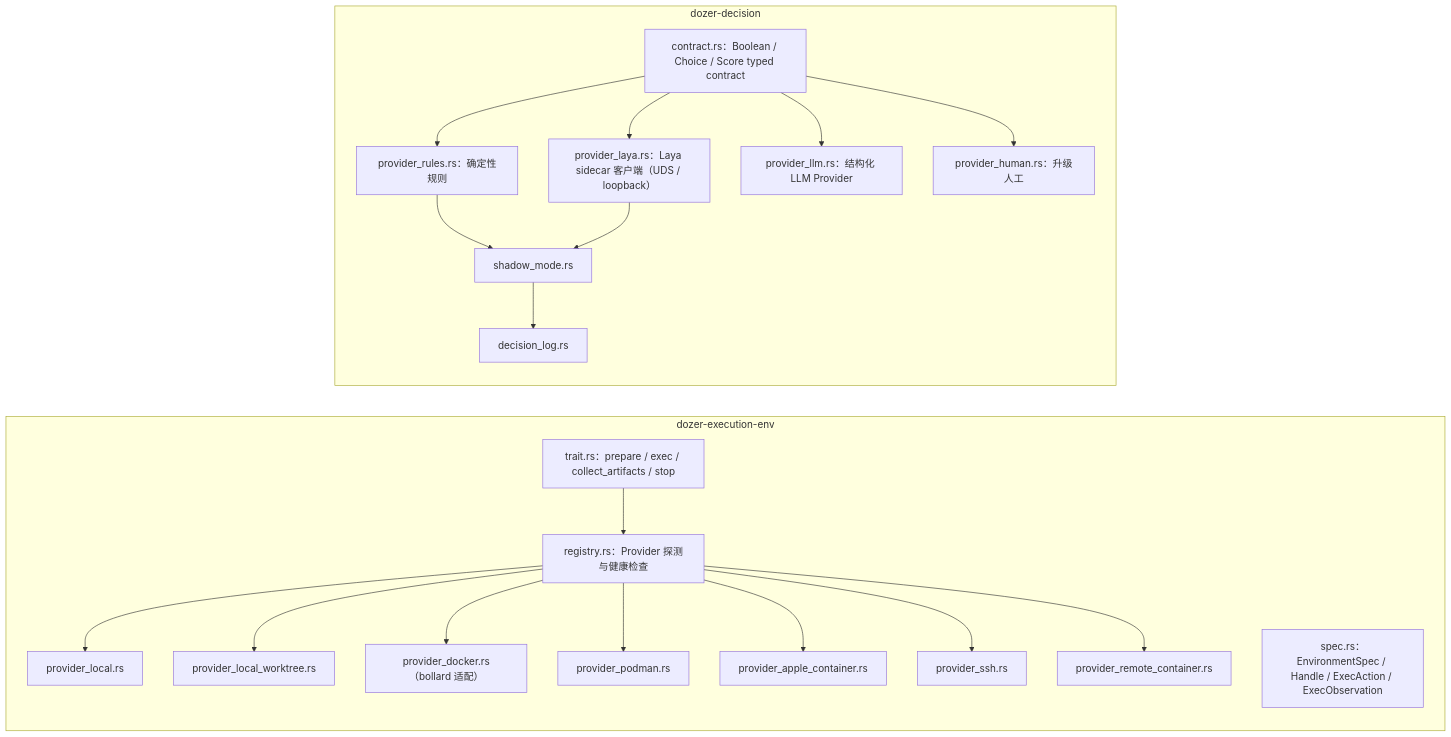
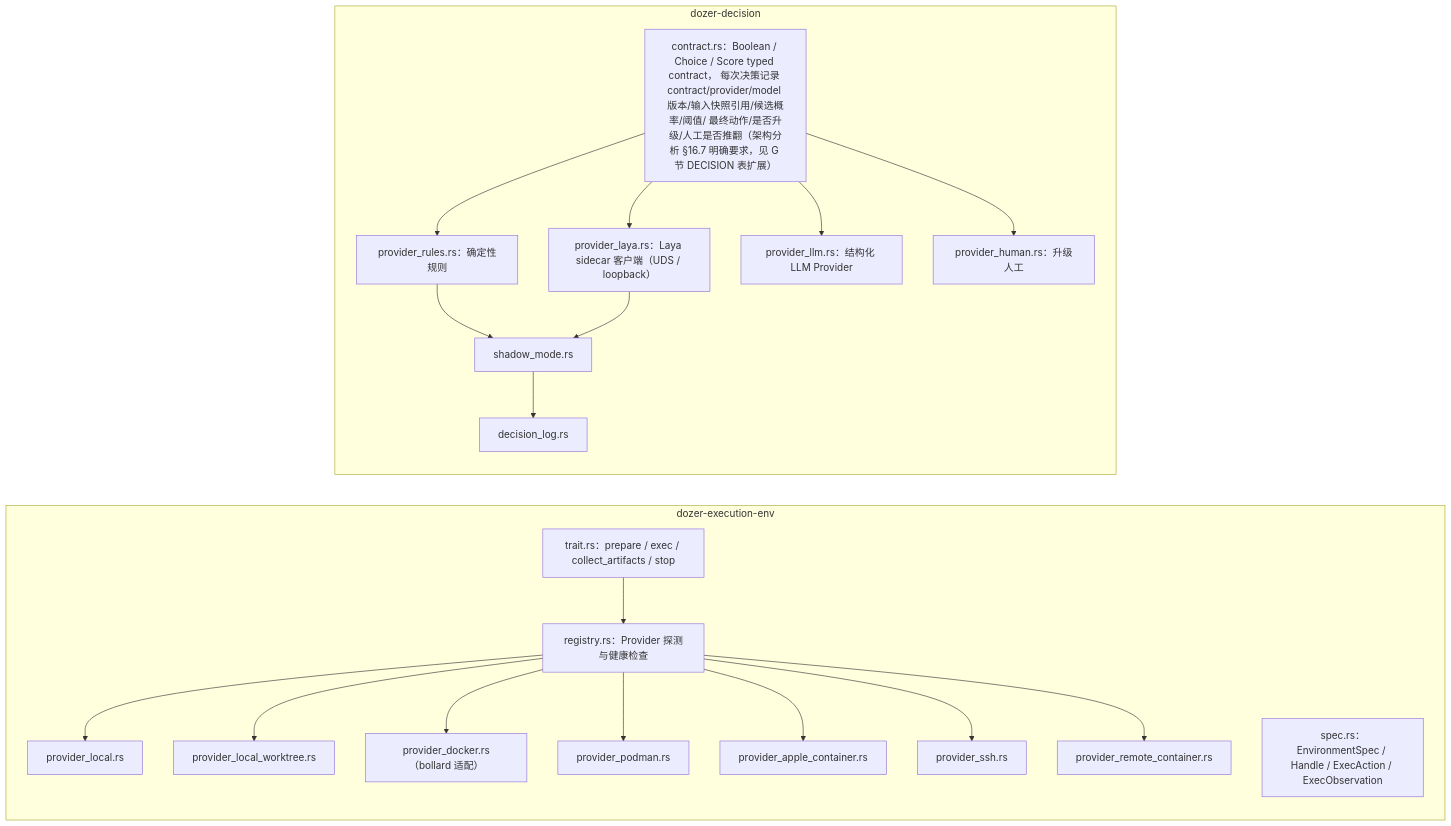
The sixth of 14 diagrams in docs/dozer-v2/dozer-v2静态结构图.md (byteboyai/dozer), drawn with Mermaid before and after one commit. The commit also changed other lines of this file and 1 other file, not shown here.

Commit message:
docs(dozer-v2): 静态结构图按审核意见修订；plan 补构造点更正说明

````diff
--- a/docs/dozer-v2/dozer-v2静态结构图.md
+++ b/docs/dozer-v2/dozer-v2静态结构图.md
@@ -563,43 +579,43 @@
 ```mermaid
 flowchart LR
   subgraph env_crate["dozer-execution-env"]
     direction TB
     env_trait["trait.rs：prepare / exec / collect_artifacts / stop"]
     env_spec["spec.rs：EnvironmentSpec / Handle / ExecAction / ExecObservation"]
     env_registry["registry.rs：Provider 探测与健康检查"]
     env_local["provider_local.rs"]
     env_worktree["provider_local_worktree.rs"]
     env_docker["provider_docker.rs（bollard 适配）"]
     env_podman["provider_podman.rs"]
     env_apple["provider_apple_container.rs"]
     env_ssh["provider_ssh.rs"]
     env_remote["provider_remote_container.rs"]
   end
 
   subgraph decision_crate["dozer-decision"]
     direction TB
-    dc_contract["contract.rs：Boolean / Choice / Score typed contract"]
+    dc_contract["contract.rs：Boolean / Choice / Score typed contract， 每次决策记录 contract/provider/model 版本/输入快照引用/候选概率/阈值/ 最终动作/是否升级/人工是否推翻（架构分析 §16.7 明确要求，见 G 节 DECISION 表扩展）"]
     dc_rules["provider_rules.rs：确定性规则"]
     dc_laya["provider_laya.rs：Laya sidecar 客户端（UDS / loopback）"]
     dc_llm["provider_llm.rs：结构化 LLM Provider"]
     dc_human["provider_human.rs：升级人工"]
     dc_shadow["shadow_mode.rs"]
     dc_log["decision_log.rs"]
   end
 
   env_trait --> env_registry
   env_registry --> env_local
   env_registry --> env_worktree
   env_registry --> env_docker
   env_registry --> env_podman
   env_registry --> env_apple
   env_registry --> env_ssh
   env_registry --> env_remote
   dc_contract --> dc_rules
   dc_contract --> dc_laya
   dc_contract --> dc_llm
   dc_contract --> dc_human
   dc_rules --> dc_shadow
   dc_laya --> dc_shadow
   dc_shadow --> dc_log
 ```
````
